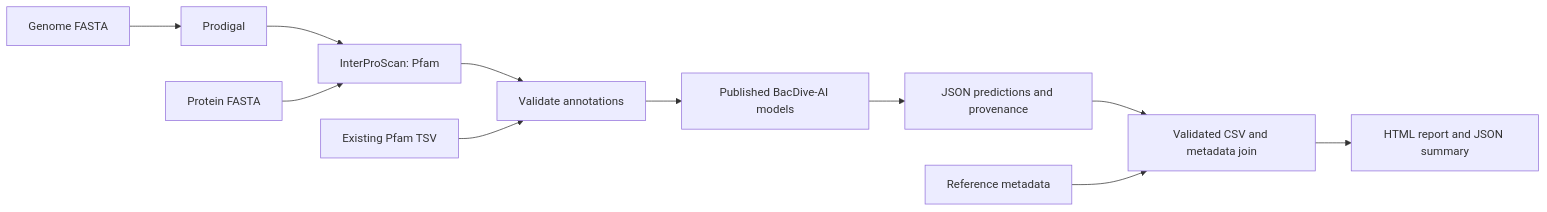
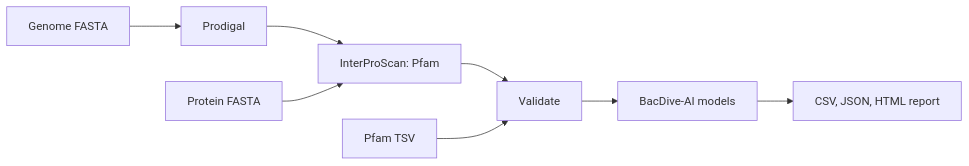
Before and after one commit to mobashirrahman/bacdive-ai-workflow: the diagram in README.md, drawn with Mermaid. The commit also changed other lines of this file and 1 other file, not shown here.

````diff
--- a/README.md
+++ b/README.md
@@ -48,13 +16,8 @@
 ```mermaid
 flowchart LR
-    G[Genome FASTA] --> P[Prodigal]
-    P --> I[InterProScan: Pfam]
+    G[Genome FASTA] --> P[Prodigal] --> I[InterProScan: Pfam]
     F[Protein FASTA] --> I
-    I --> V[Validate annotations]
-    A[Existing Pfam TSV] --> V
-    V --> B[Published BacDive-AI models]
-    B --> J[JSON predictions and provenance]
-    J --> C[Validated CSV and metadata join]
-    M[Reference metadata] --> C
-    C --> R[HTML report and JSON summary]
+    I --> V[Validate]
+    A[Pfam TSV] --> V
+    V --> B[BacDive-AI models] --> R[CSV, JSON, HTML report]
 ```
````
